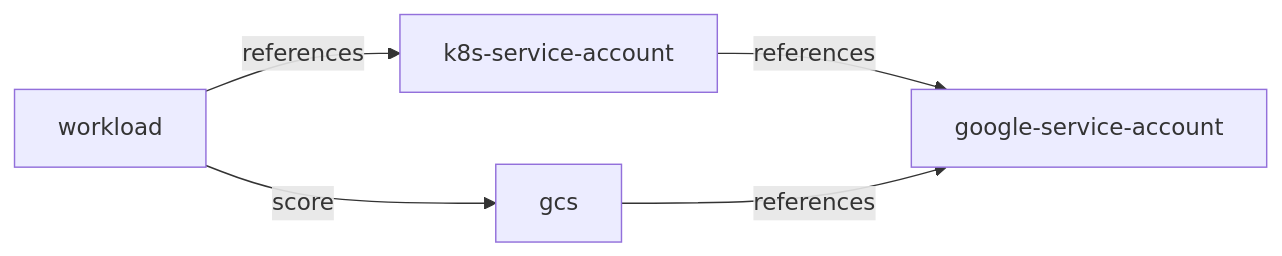
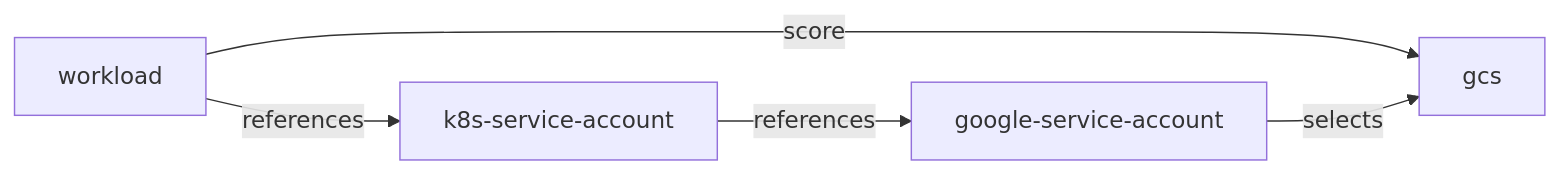
The diagram in resources/gcs-full/README.md (TEST-ACCOUNT-APURV/redis-test), drawn with Mermaid before and after one commit. The commit also changed other lines of this file, not shown here.

````diff
--- a/resources/gcs-full/README.md
+++ b/resources/gcs-full/README.md
@@ -15,7 +15,7 @@
 ```mermaid
 graph LR
+  workload -- score --> gcs
   workload -- references --> k8s-service-account
   k8s-service-account -- references --> google-service-account
-  gcs -- references --> google-service-account
-  workload -- score --> gcs
+  google-service-account -- selects --> gcs
 ```
````
